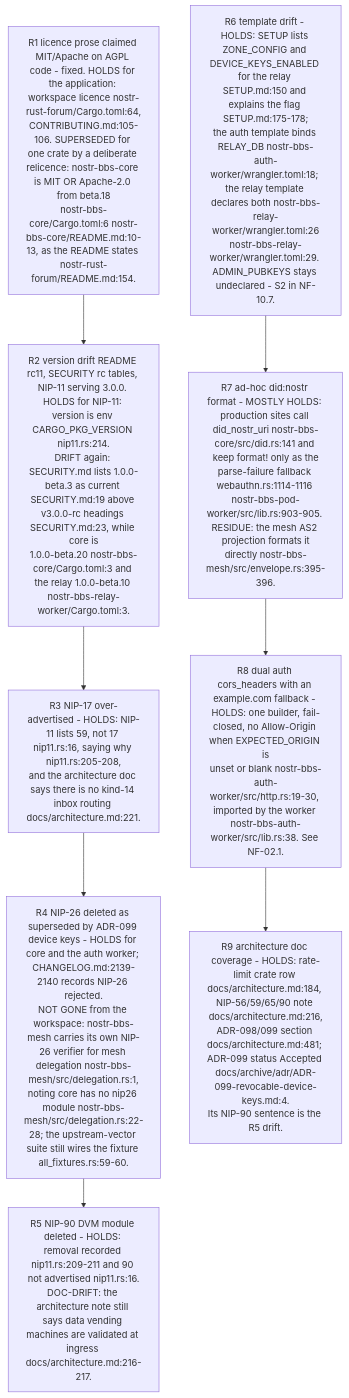
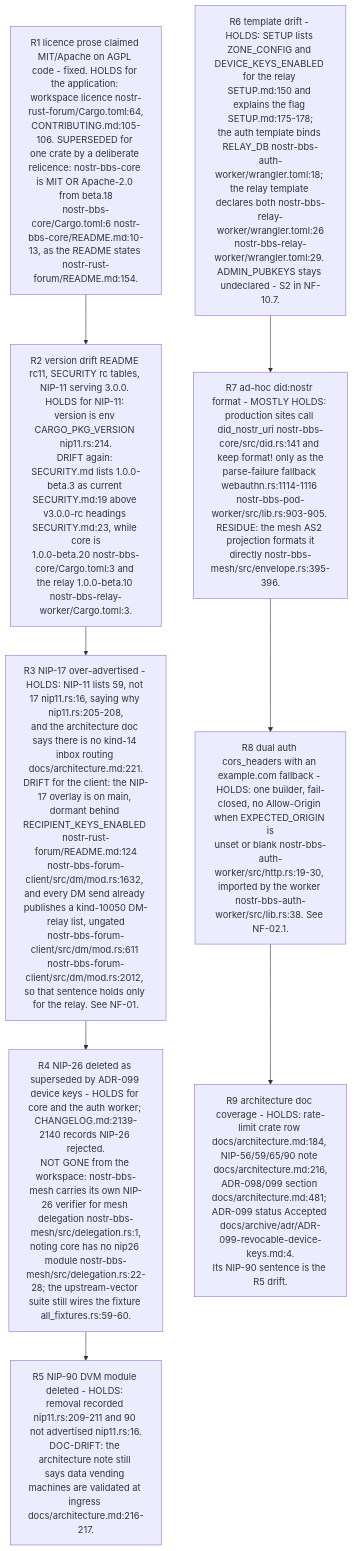
One commit to DreamLab-AI/VisionFlow changed diagram 14 of 15 in docs/diagrams/nostr-rust-forum/10-invariants-and-anomaly-register.md. Above: the diagram before and after it, drawn with Mermaid.

Commit message:
diagrams(NF-10): R3 records the client-side NIP-17 drift against architecture.md
The relay still does not advertise NIP-17, but the README says the overlay
is merged and dormant, and every DM send publishes a kind-10050 DM-relay
list without a flag, so "no kind-14 inbox routing" holds only for the relay.

````diff
--- a/docs/diagrams/nostr-rust-forum/10-invariants-and-anomaly-register.md
+++ b/docs/diagrams/nostr-rust-forum/10-invariants-and-anomaly-register.md
@@ -349,14 +349,14 @@
 ```mermaid
 flowchart TB
     R1["R1 licence prose claimed MIT/Apache on AGPL code - fixed. HOLDS for the application: workspace licence nostr-rust-forum/Cargo.toml:64,<br/>CONTRIBUTING.md:105-106. SUPERSEDED for one crate by a deliberate relicence: nostr-bbs-core is MIT OR Apache-2.0 from beta.18<br/>nostr-bbs-core/Cargo.toml:6 nostr-bbs-core/README.md:10-13, as the README states nostr-rust-forum/README.md:154."]
     R2["R2 version drift README rc11, SECURITY rc tables, NIP-11 serving 3.0.0. HOLDS for NIP-11: version is env CARGO_PKG_VERSION nip11.rs:214.<br/>DRIFT again: SECURITY.md lists 1.0.0-beta.3 as current SECURITY.md:19 above v3.0.0-rc headings SECURITY.md:23, while core is<br/>1.0.0-beta.20 nostr-bbs-core/Cargo.toml:3 and the relay 1.0.0-beta.10 nostr-bbs-relay-worker/Cargo.toml:3."]
-    R3["R3 NIP-17 over-advertised - HOLDS: NIP-11 lists 59, not 17 nip11.rs:16, saying why nip11.rs:205-208,<br/>and the architecture doc says there is no kind-14 inbox routing docs/architecture.md:221."]
+    R3["R3 NIP-17 over-advertised - HOLDS: NIP-11 lists 59, not 17 nip11.rs:16, saying why nip11.rs:205-208,<br/>and the architecture doc says there is no kind-14 inbox routing docs/architecture.md:221.<br/>DRIFT for the client: the NIP-17 overlay is on main, dormant behind RECIPIENT_KEYS_ENABLED nostr-rust-forum/README.md:124<br/>nostr-bbs-forum-client/src/dm/mod.rs:1632, and every DM send already publishes a kind-10050 DM-relay list, ungated<br/>nostr-bbs-forum-client/src/dm/mod.rs:611 nostr-bbs-forum-client/src/dm/mod.rs:2012, so that sentence holds only for the relay. See NF-01."]
     R4["R4 NIP-26 deleted as superseded by ADR-099 device keys - HOLDS for core and the auth worker; CHANGELOG.md:2139-2140 records NIP-26 rejected.<br/>NOT GONE from the workspace: nostr-bbs-mesh carries its own NIP-26 verifier for mesh delegation nostr-bbs-mesh/src/delegation.rs:1,<br/>noting core has no nip26 module nostr-bbs-mesh/src/delegation.rs:22-28; the upstream-vector suite still wires the fixture all_fixtures.rs:59-60."]
     R5["R5 NIP-90 DVM module deleted - HOLDS: removal recorded nip11.rs:209-211 and 90 not advertised nip11.rs:16.<br/>DOC-DRIFT: the architecture note still says data vending machines are validated at ingress docs/architecture.md:216-217."]
     R6["R6 template drift - HOLDS: SETUP lists ZONE_CONFIG and DEVICE_KEYS_ENABLED for the relay SETUP.md:150 and explains the flag SETUP.md:175-178;<br/>the auth template binds RELAY_DB nostr-bbs-auth-worker/wrangler.toml:18; the relay template declares both nostr-bbs-relay-worker/wrangler.toml:26<br/>nostr-bbs-relay-worker/wrangler.toml:29. ADMIN_PUBKEYS stays undeclared - S2 in NF-10.7."]
     R7["R7 ad-hoc did:nostr format - MOSTLY HOLDS: production sites call did_nostr_uri nostr-bbs-core/src/did.rs:141 and keep format! only as the<br/>parse-failure fallback webauthn.rs:1114-1116 nostr-bbs-pod-worker/src/lib.rs:903-905. RESIDUE: the mesh AS2 projection formats it<br/>directly nostr-bbs-mesh/src/envelope.rs:395-396."]
     R8["R8 dual auth cors_headers with an example.com fallback - HOLDS: one builder, fail-closed, no Allow-Origin when EXPECTED_ORIGIN is<br/>unset or blank nostr-bbs-auth-worker/src/http.rs:19-30, imported by the worker nostr-bbs-auth-worker/src/lib.rs:38. See NF-02.1."]
     R9["R9 architecture doc coverage - HOLDS: rate-limit crate row docs/architecture.md:184, NIP-56/59/65/90 note docs/architecture.md:216,<br/>ADR-098/099 section docs/architecture.md:481; ADR-099 status Accepted docs/archive/adr/ADR-099-revocable-device-keys.md:4.<br/>Its NIP-90 sentence is the R5 drift."]
     R1 --> R2 --> R3 --> R4 --> R5
     R6 --> R7 --> R8 --> R9
 ```
````
